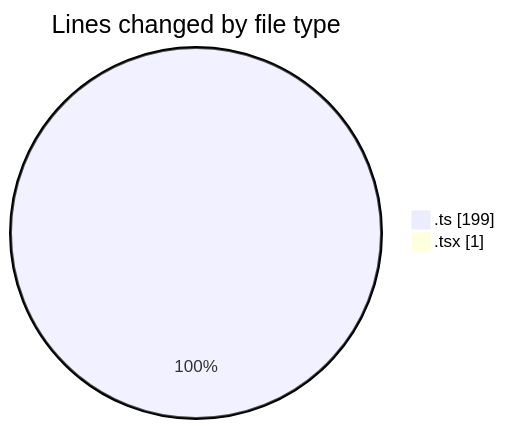
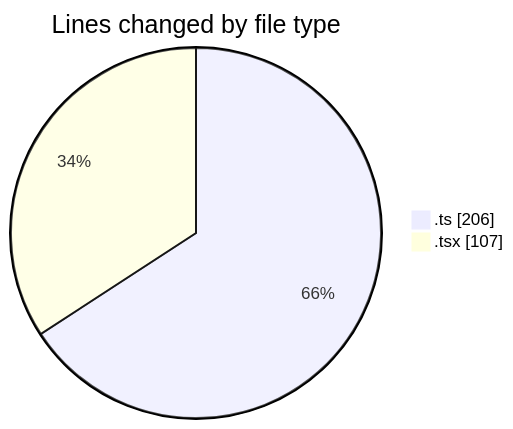
The first of 2 diagrams in 2025-01-27/termonied-web/README.md (robertbonfada/code-tracking), drawn with Mermaid before and after one commit. The commit also changed other lines of this file and 1 other file, not shown here.

````diff
--- a/2025-01-27/termonied-web/README.md
+++ b/2025-01-27/termonied-web/README.md
@@ -22,6 +23,6 @@
 ```mermaid
 pie showData
 title Lines changed by file type
-".ts" : 199
-".tsx" : 1
+".ts" : 206
+".tsx" : 107
 ```
````
